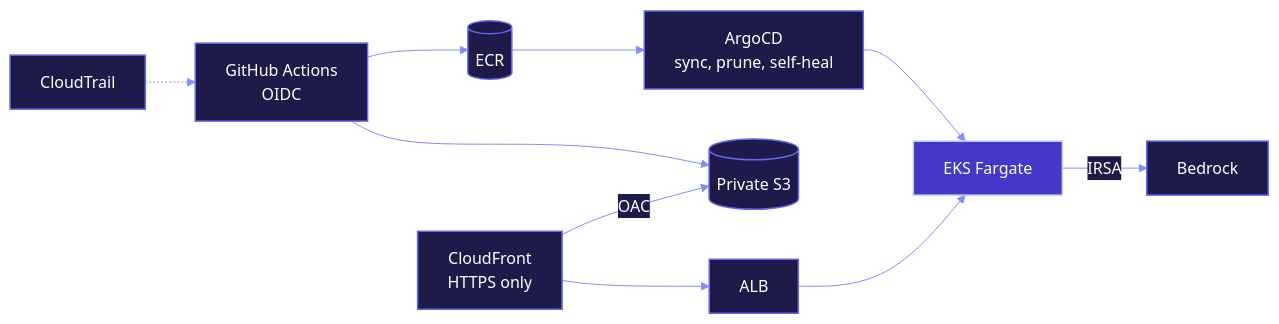
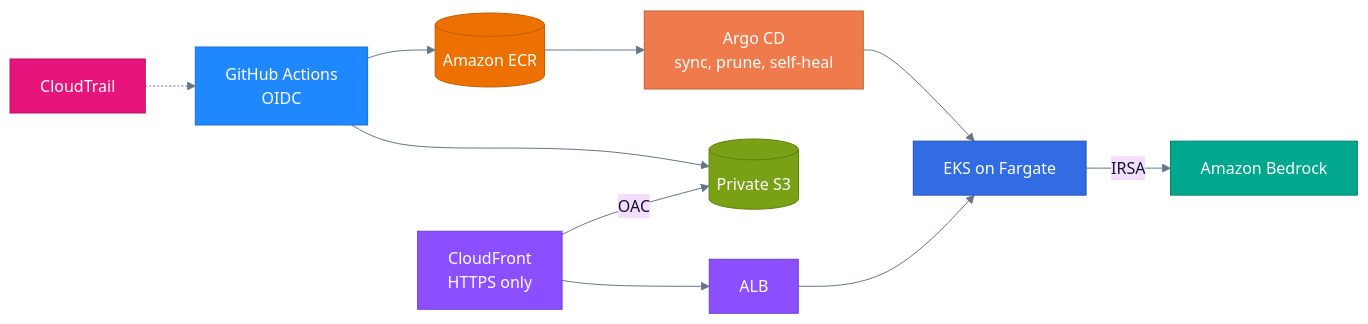
The third of 6 diagrams in README.md (Rohit-1920/Rohit-1920), drawn with Mermaid before and after one commit. The commit also changed other lines of this file, not shown here.

````diff
--- a/README.md
+++ b/README.md
@@ -180,21 +144,27 @@
 ```mermaid
-%%{init: {'theme':'base','themeVariables':{'fontFamily':'Inter, ui-sans-serif, system-ui, sans-serif','lineColor':'#818CF8','textColor':'#E2E8F0','edgeLabelBackground':'#1E1B4B','primaryTextColor':'#FFFFFF'}}}%%
+%%{init: {'theme':'base','themeVariables':{'fontFamily':'Inter, ui-sans-serif, system-ui, sans-serif','lineColor':'#64748B','primaryTextColor':'#0F172A'}}}%%
 flowchart LR
-  GA["GitHub Actions<br/>OIDC"] --> ECR[("ECR")] --> ARGO["ArgoCD<br/>sync, prune, self-heal"] --> EKS["EKS Fargate"]
+  GA["GitHub Actions<br/>OIDC"] --> ECR[("Amazon ECR")] --> ARGO["Argo CD<br/>sync, prune, self-heal"] --> EKS["EKS on Fargate"]
   GA --> S3[("Private S3")]
-  EKS -- IRSA --> BR["Bedrock"]
+  EKS -- IRSA --> BR["Amazon Bedrock"]
   CF["CloudFront<br/>HTTPS only"] -- OAC --> S3
   CF --> ALB["ALB"] --> EKS
   CT["CloudTrail"] -.-> GA
-classDef aws fill:#1E1B4B,stroke:#6366F1,color:#FFF,stroke-width:1.5px
-classDef k8s fill:#4338CA,stroke:#C7D2FE,color:#FFF,stroke-width:1.5px
-classDef ci fill:#1E1B4B,stroke:#6366F1,color:#FFF,stroke-width:1.5px
-classDef iac fill:#1E1B4B,stroke:#6366F1,color:#FFF,stroke-width:1.5px
-classDef obs fill:#1E1B4B,stroke:#6366F1,color:#FFF,stroke-width:1.5px
-classDef sec fill:#1E1B4B,stroke:#6366F1,color:#FFF,stroke-width:1.5px
-classDef neu fill:#0F0D2E,stroke:#4F46E5,color:#FFF,stroke-width:1.5px
-class GA,ARGO ci
-class ECR,S3,CF,ALB,BR aws
-class EKS k8s
-class CT sec
+
+  classDef ci fill:#2088FF,stroke:#1B6FD1,color:#FFFFFF
+  classDef argo fill:#EF7B4D,stroke:#C4623A,color:#FFFFFF
+  classDef aws fill:#ED7100,stroke:#C25C00,color:#FFFFFF
+  classDef store fill:#7AA116,stroke:#5F8011,color:#FFFFFF
+  classDef net fill:#8C4FFF,stroke:#6F3FCC,color:#FFFFFF
+  classDef ai fill:#01A88D,stroke:#018570,color:#FFFFFF
+  classDef mgmt fill:#E7157B,stroke:#B80F62,color:#FFFFFF
+  classDef k8s fill:#326CE5,stroke:#2653B3,color:#FFFFFF
+  class GA ci
+  class ARGO argo
+  class ECR aws
+  class S3 store
+  class CF,ALB net
+  class BR ai
+  class CT mgmt
+  class EKS k8s
 ```
````
